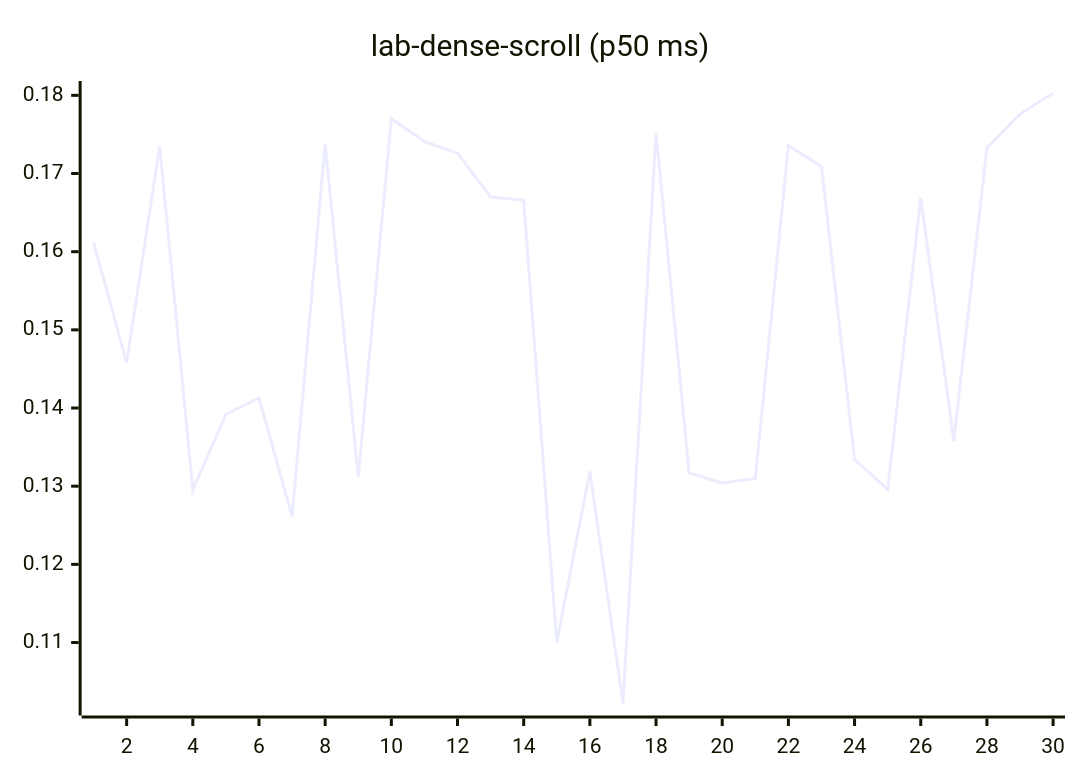
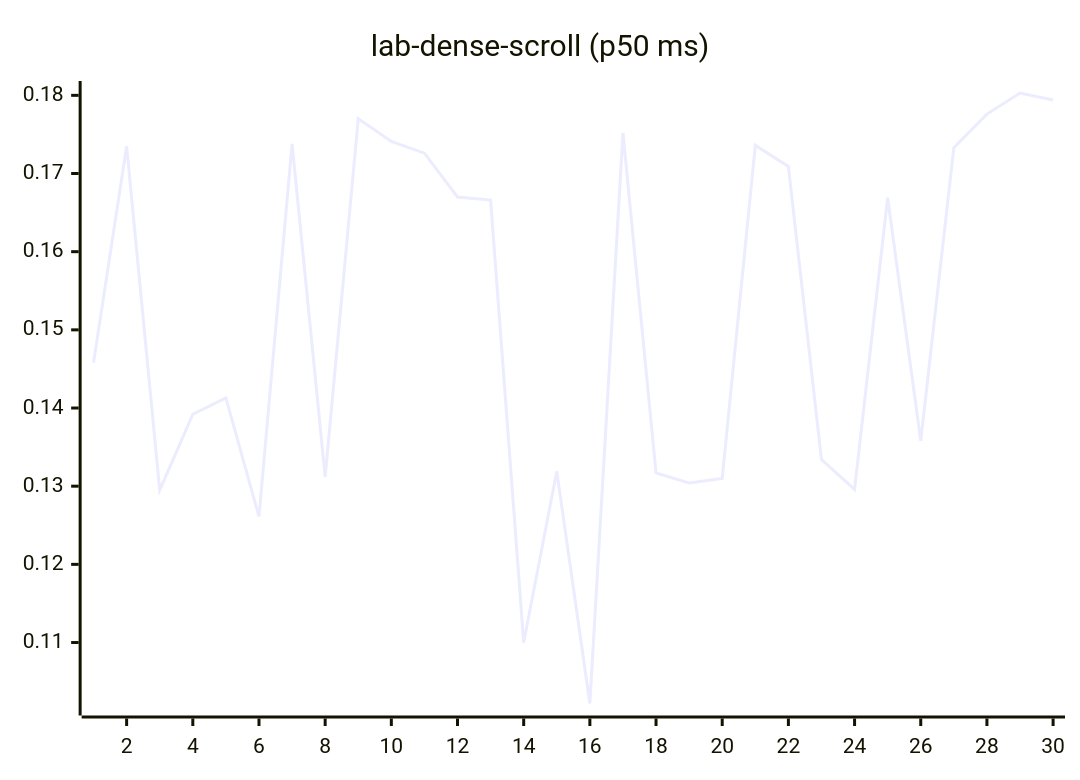
Before and after one commit to josha/Facet: diagram 12 of 27 in README.md, drawn with Mermaid. The commit also changed other lines of this file and 2 other files, not shown here.

````diff
--- a/README.md
+++ b/README.md
@@ -140,6 +140,6 @@
 ```mermaid
 xychart-beta
     title "lab-dense-scroll (p50 ms)"
     x-axis 1 --> 30
-    line [0.1612, 0.1458, 0.1735, 0.1295, 0.1392, 0.1413, 0.1261, 0.1738, 0.1312, 0.1770, 0.1741, 0.1726, 0.1670, 0.1666, 0.1100, 0.1319, 0.1022, 0.1752, 0.1317, 0.1304, 0.1310, 0.1736, 0.1709, 0.1334, 0.1296, 0.1669, 0.1358, 0.1733, 0.1776, 0.1803]
+    line [0.1458, 0.1735, 0.1295, 0.1392, 0.1413, 0.1261, 0.1738, 0.1312, 0.1770, 0.1741, 0.1726, 0.1670, 0.1666, 0.1100, 0.1319, 0.1022, 0.1752, 0.1317, 0.1304, 0.1310, 0.1736, 0.1709, 0.1334, 0.1296, 0.1669, 0.1358, 0.1733, 0.1776, 0.1803, 0.1794]
 ```
````
